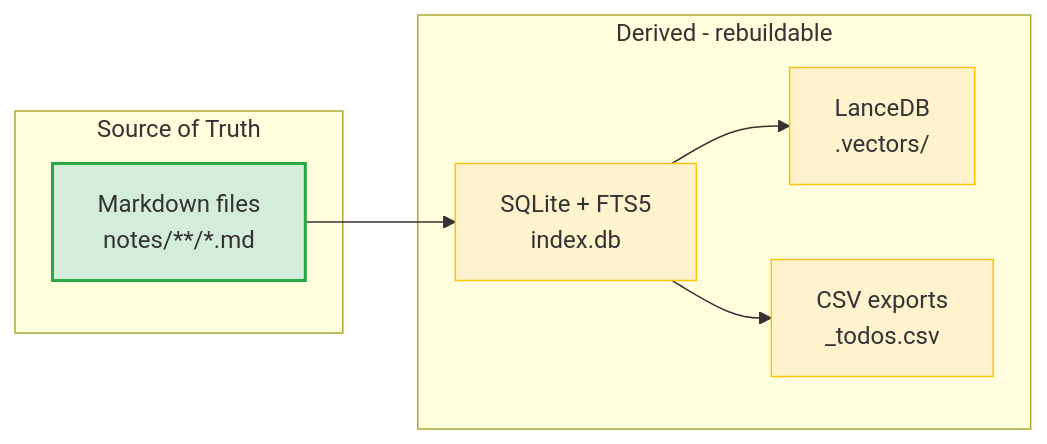
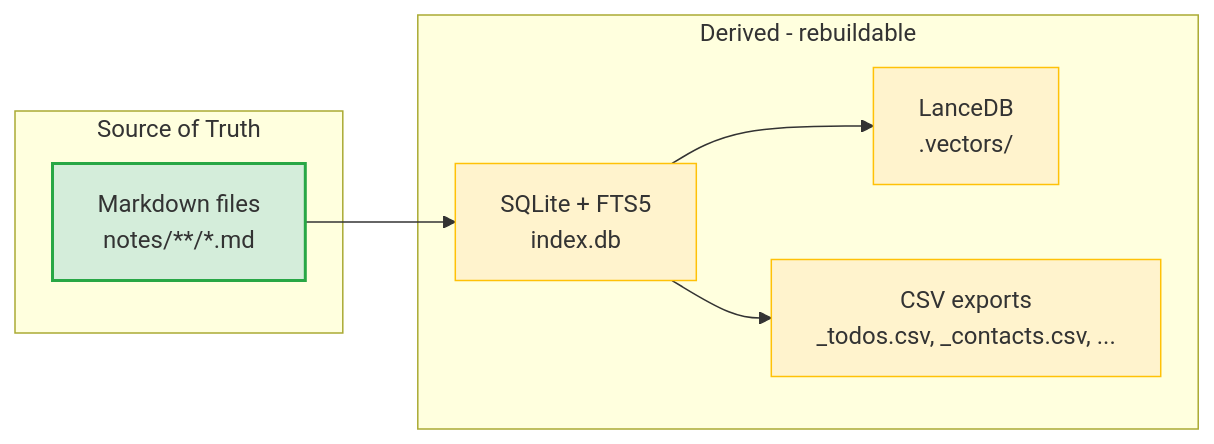
One commit to chloeliu/notely changed the second of 2 diagrams in README.md. Above: the diagram before and after it, drawn with Mermaid. The commit also changed other lines of this file and 30 other files, not shown here.

First line of the commit message:
v0.2.0: Unified database system, inline record extraction, schema cleanup

````diff
--- a/README.md
+++ b/README.md
@@ -178,19 +178,19 @@
 ```mermaid
 flowchart LR
     subgraph Source of Truth
         MD["Markdown files<br/>notes/**/*.md"]
     end
     subgraph Derived - rebuildable
         DB["SQLite + FTS5<br/>index.db"]
         VEC["LanceDB<br/>.vectors/"]
-        CSV["CSV exports<br/>_todos.csv"]
+        CSV["CSV exports<br/>_todos.csv, _contacts.csv, ..."]
     end
 
     MD --> DB --> VEC
     DB --> CSV
 
     style MD fill:#d4edda,stroke:#28a745,stroke-width:2px
     style DB fill:#fff3cd,stroke:#ffc107
     style VEC fill:#fff3cd,stroke:#ffc107
     style CSV fill:#fff3cd,stroke:#ffc107
 ```
````
